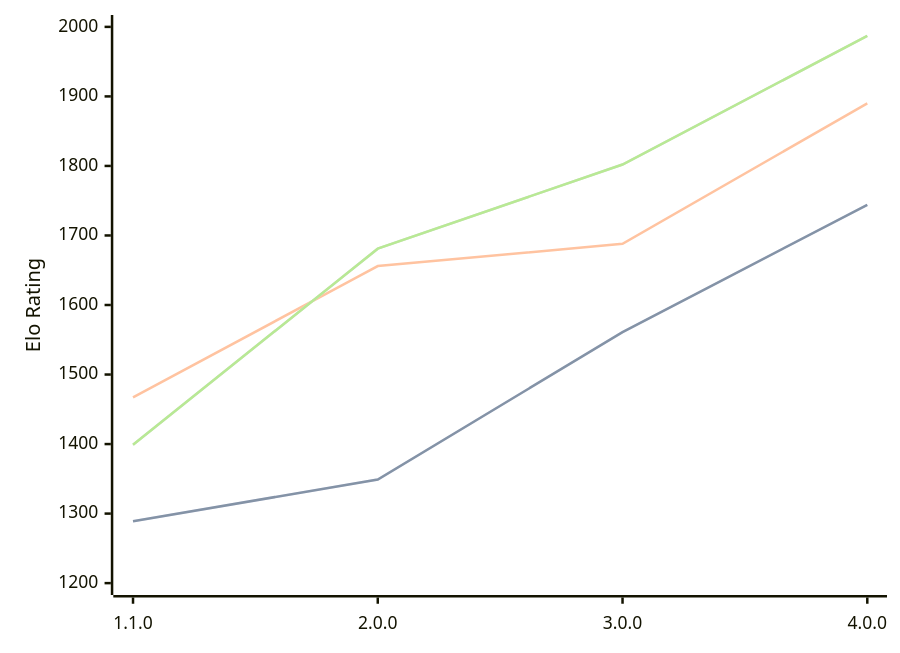
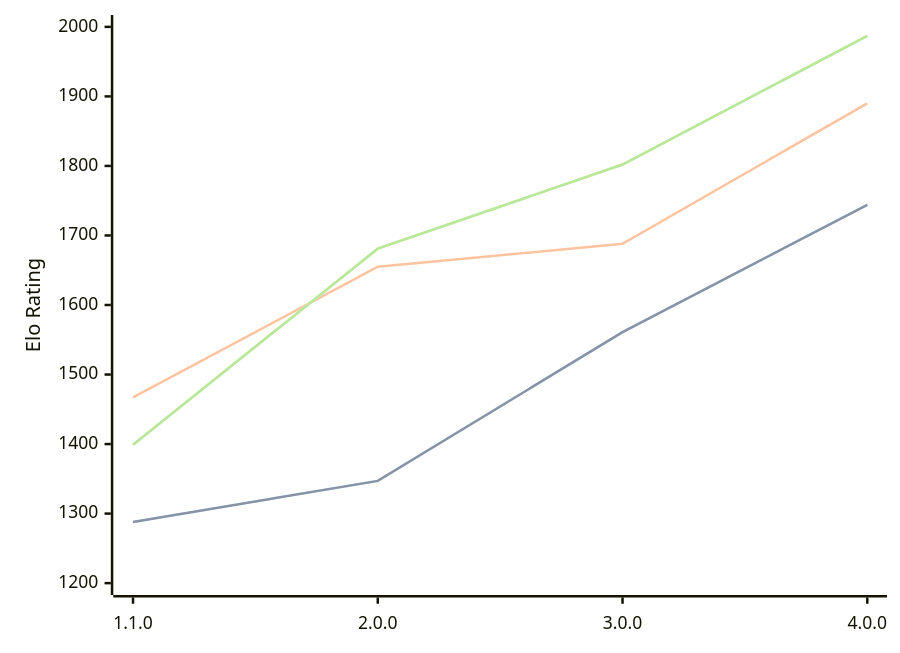
The diagram in engines/Laura.md (computer-chess-index/cci), drawn with Mermaid before and after one commit. The commit also changed other lines of this file, not shown here.

````diff
--- a/engines/Laura.md
+++ b/engines/Laura.md
@@ -35,11 +35,11 @@
 ```mermaid
 %%{init: {"theme":"base","themeVariables":{"seriesColors:['#a3a3a3','#222221','#faa371']}}}%%
 xychart-beta
   x-axis ["1.1.0", "2.0.0", "3.0.0", "4.0.0"]
   y-axis "Elo Rating" 1200 --> 2000
-  line "STC (8.0+0.08s)" [1289, 1349, 1561, 1744]
-  line "STC (8.0+0.08s)" [1289, 1349, 1561, 1744]
-  line "LTC (60.0+0.60s)" [1467, 1656, 1688, 1890]
+  line "STC (8.0+0.08s)" [1288, 1347, 1561, 1744]
+  line "STC (8.0+0.08s)" [1288, 1347, 1561, 1744]
+  line "LTC (60.0+0.60s)" [1467, 1655, 1688, 1890]
   line "VLTC (2m24s+1.12s)" [1399, 1681, 1802, 1987]
   line "VLTC (2m24s+1.12s)" [1399, 1681, 1802, 1987]
 ```
````
